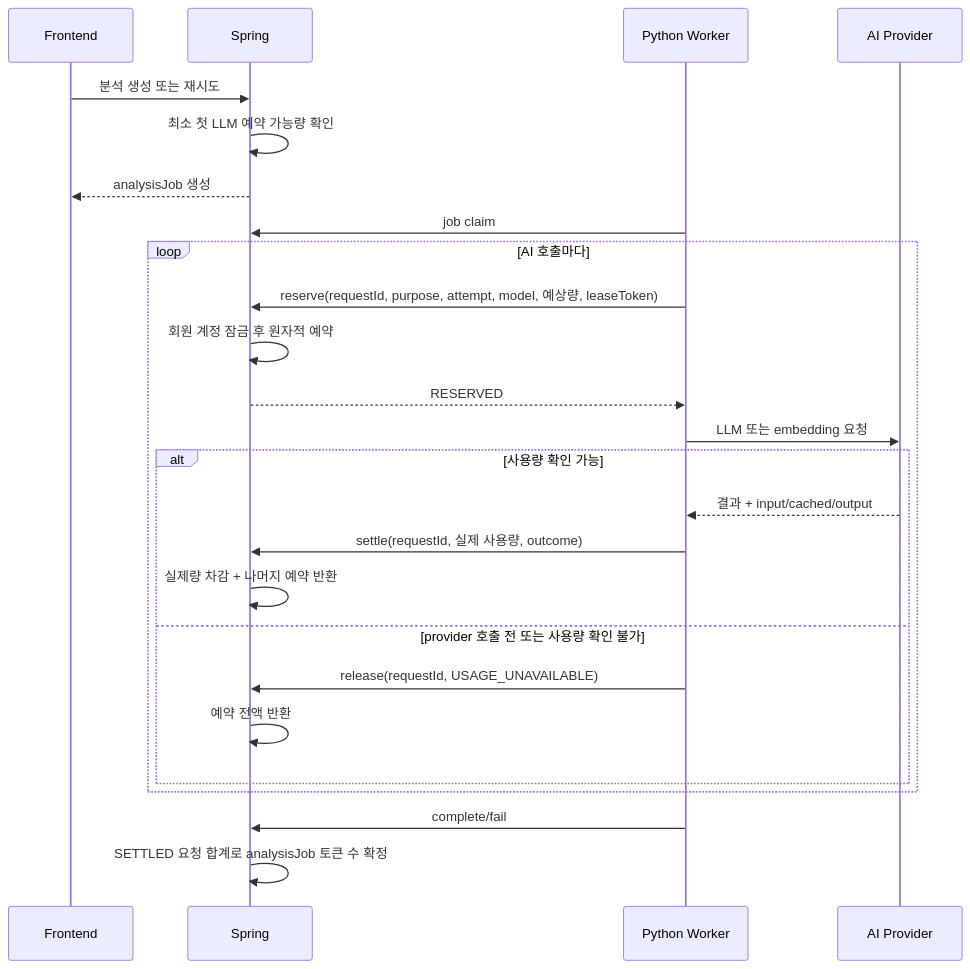
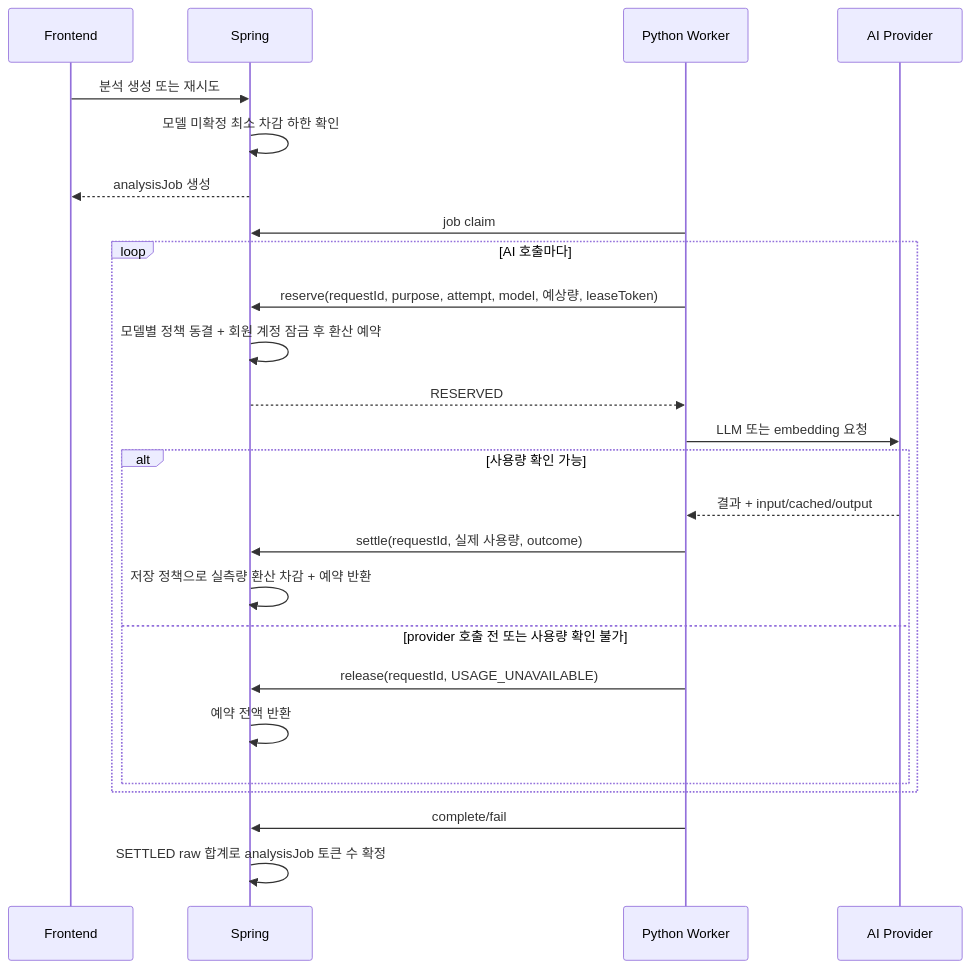
One commit to catchhole-soma/catchhole-backend-java changed the first of 2 diagrams in docs/ai-token-usage.md. Above: the diagram before and after it, drawn with Mermaid. The commit also changed other lines of this file and 3 other files, not shown here.

````diff
--- a/docs/ai-token-usage.md
+++ b/docs/ai-token-usage.md
@@ -44,28 +79,28 @@
 ```mermaid
 sequenceDiagram
     participant FE as Frontend
     participant BE as Spring
     participant Worker as Python Worker
     participant AI as AI Provider
 
     FE->>BE: 분석 생성 또는 재시도
-    BE->>BE: 최소 첫 LLM 예약 가능량 확인
+    BE->>BE: 모델 미확정 최소 차감 하한 확인
     BE-->>FE: analysisJob 생성
     Worker->>BE: job claim
     loop AI 호출마다
         Worker->>BE: reserve(requestId, purpose, attempt, model, 예상량, leaseToken)
-        BE->>BE: 회원 계정 잠금 후 원자적 예약
+        BE->>BE: 모델별 정책 동결 + 회원 계정 잠금 후 환산 예약
         BE-->>Worker: RESERVED
         Worker->>AI: LLM 또는 embedding 요청
         alt 사용량 확인 가능
             AI-->>Worker: 결과 + input/cached/output
             Worker->>BE: settle(requestId, 실제 사용량, outcome)
-            BE->>BE: 실제량 차감 + 나머지 예약 반환
+            BE->>BE: 저장 정책으로 실측량 환산 차감 + 예약 반환
         else provider 호출 전 또는 사용량 확인 불가
             Worker->>BE: release(requestId, USAGE_UNAVAILABLE)
             BE->>BE: 예약 전액 반환
         end
     end
     Worker->>BE: complete/fail
-    BE->>BE: SETTLED 요청 합계로 analysisJob 토큰 수 확정
+    BE->>BE: SETTLED raw 합계로 analysisJob 토큰 수 확정
 ```
````
